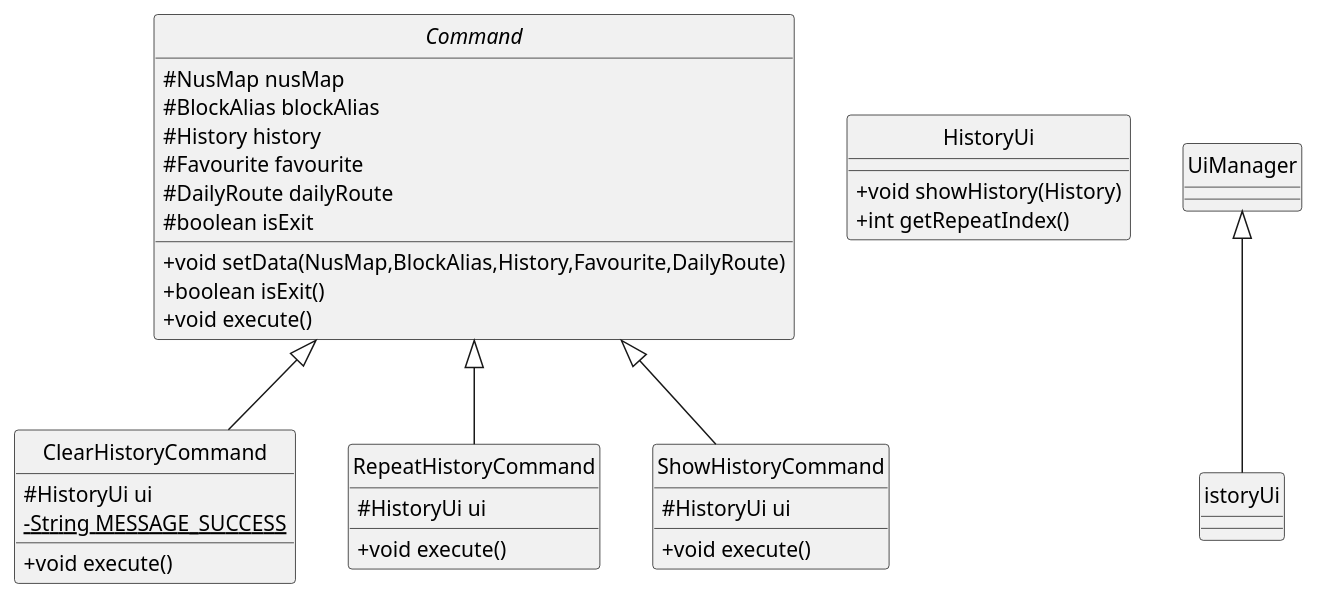
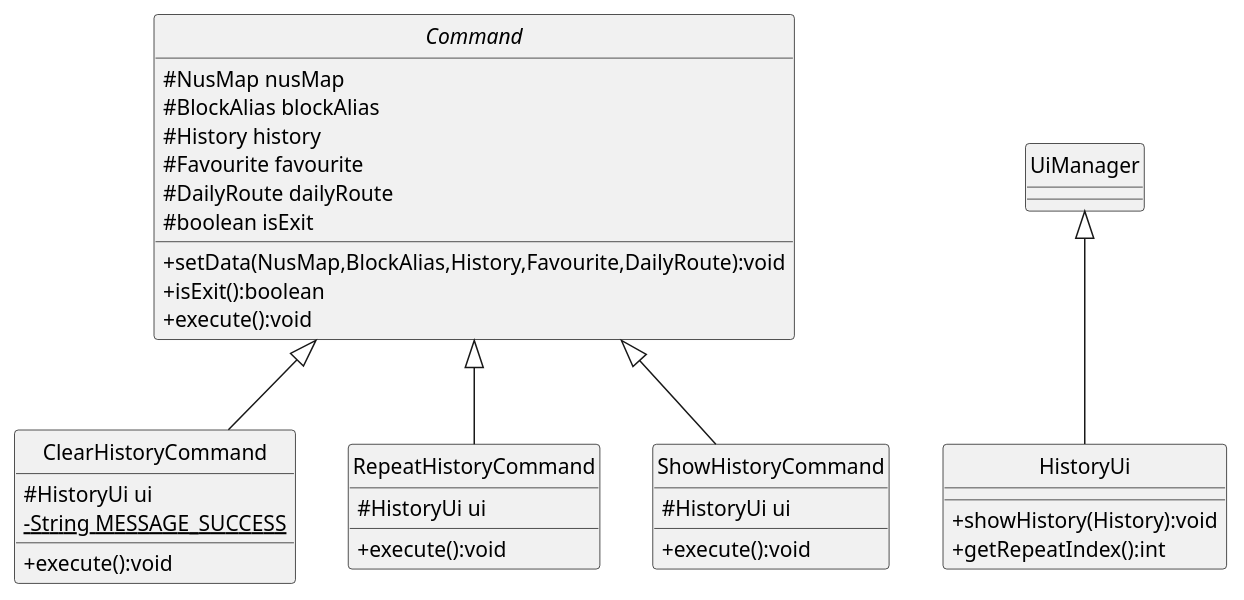
Before and after one commit to nus-cs2113-AY2021S2/tp: the diagram in docs/puml/history.puml, drawn with PlantUML.

Commit message:
Updated history UML diagram

```diff
--- a/docs/puml/history.puml
+++ b/docs/puml/history.puml
@@ -1,40 +1,40 @@
 @startuml
 hide circle
 skinparam classAttributeIconSize 0
 
 class ClearHistoryCommand {
 # HistoryUi ui
 - {static} String MESSAGE_SUCCESS
-+ void execute()
++ execute():void
 }
 class HistoryUi {
-+ void showHistory(History)
-+ int getRepeatIndex()
++ showHistory(History):void
++ getRepeatIndex():int
 }
 abstract class Command {
 # NusMap nusMap
 # BlockAlias blockAlias
 # History history
 # Favourite favourite
 # DailyRoute dailyRoute
 # boolean isExit
-+ void setData(NusMap,BlockAlias,History,Favourite,DailyRoute)
-+ boolean isExit()
-+ void execute()
++ setData(NusMap,BlockAlias,History,Favourite,DailyRoute):void
++ isExit():boolean
++ execute():void
 }
 class RepeatHistoryCommand {
 # HistoryUi ui
-+ void execute()
++ execute():void
 }
 
 class ShowHistoryCommand {
 # HistoryUi ui
-+ void execute()
++ execute():void
 }
 
 
 Command <|-- ClearHistoryCommand
-UiManager <|-- istoryUi
+UiManager <|-- HistoryUi
 Command <|-- RepeatHistoryCommand
 Command <|-- ShowHistoryCommand
 @enduml
```
